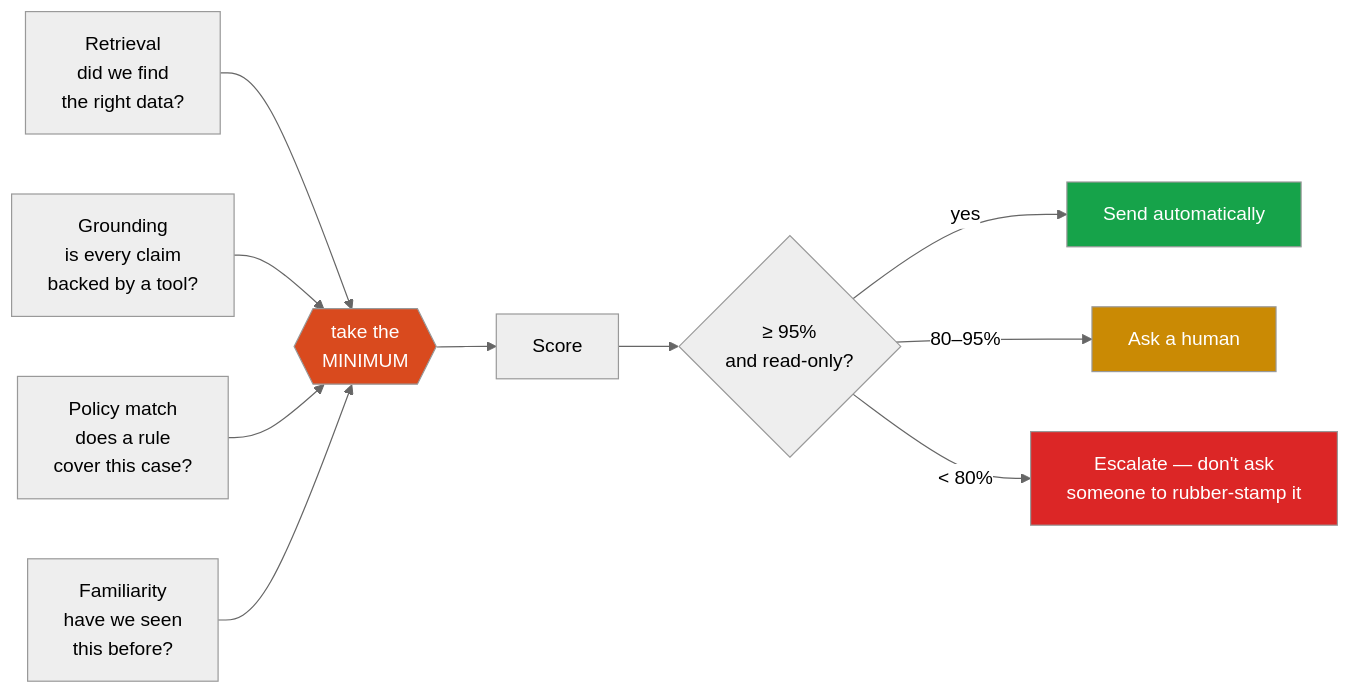
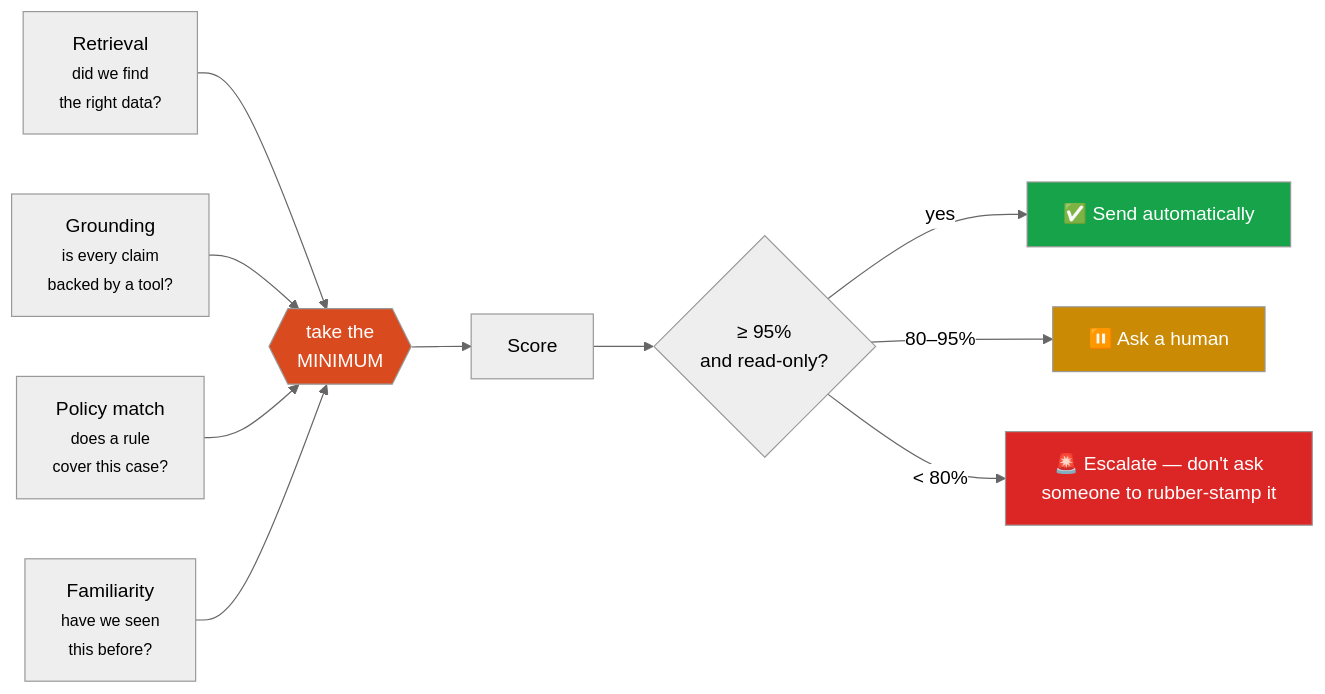
One commit to ejazfahil/Universal_Sales_Agent_Multi_Tenant changed the eighth of 14 diagrams in README.md. Above: the diagram before and after it, drawn with Mermaid (neutral theme). The commit also changed other lines of this file, not shown here.

````diff
--- a/README.md
+++ b/README.md
@@ -239,17 +405,17 @@
 ```mermaid
 flowchart LR
-    R["Retrieval<br/>did we find<br/>the right data?"] --> MIN{{"take the<br/>MINIMUM"}}
-    G["Grounding<br/>is every claim<br/>backed by a tool?"] --> MIN
-    P["Policy match<br/>does a rule<br/>cover this case?"] --> MIN
-    N["Familiarity<br/>have we seen<br/>this before?"] --> MIN
+    R["Retrieval<br/><small>did we find<br/>the right data?</small>"] --> MIN{{"take the<br/>MINIMUM"}}
+    G["Grounding<br/><small>is every claim<br/>backed by a tool?</small>"] --> MIN
+    P["Policy match<br/><small>does a rule<br/>cover this case?</small>"] --> MIN
+    N["Familiarity<br/><small>have we seen<br/>this before?</small>"] --> MIN
     MIN --> S["Score"]
     S --> D{"≥ 95%<br/>and read-only?"}
-    D -->|yes| AUTO["Send automatically"]
-    D -->|"80–95%"| APPR["Ask a human"]
-    D -->|"< 80%"| ESC["Escalate — don't ask<br/>someone to rubber-stamp it"]
+    D -->|yes| AUTO["✅ Send automatically"]
+    D -->|"80–95%"| APPR["⏸️ Ask a human"]
+    D -->|"< 80%"| ESC["🚨 Escalate — don't ask<br/>someone to rubber-stamp it"]
 
     style MIN fill:#D94A1E,color:#fff
     style AUTO fill:#16A34A,color:#fff
     style APPR fill:#CA8A04,color:#fff
     style ESC fill:#DC2626,color:#fff
 ```
````
